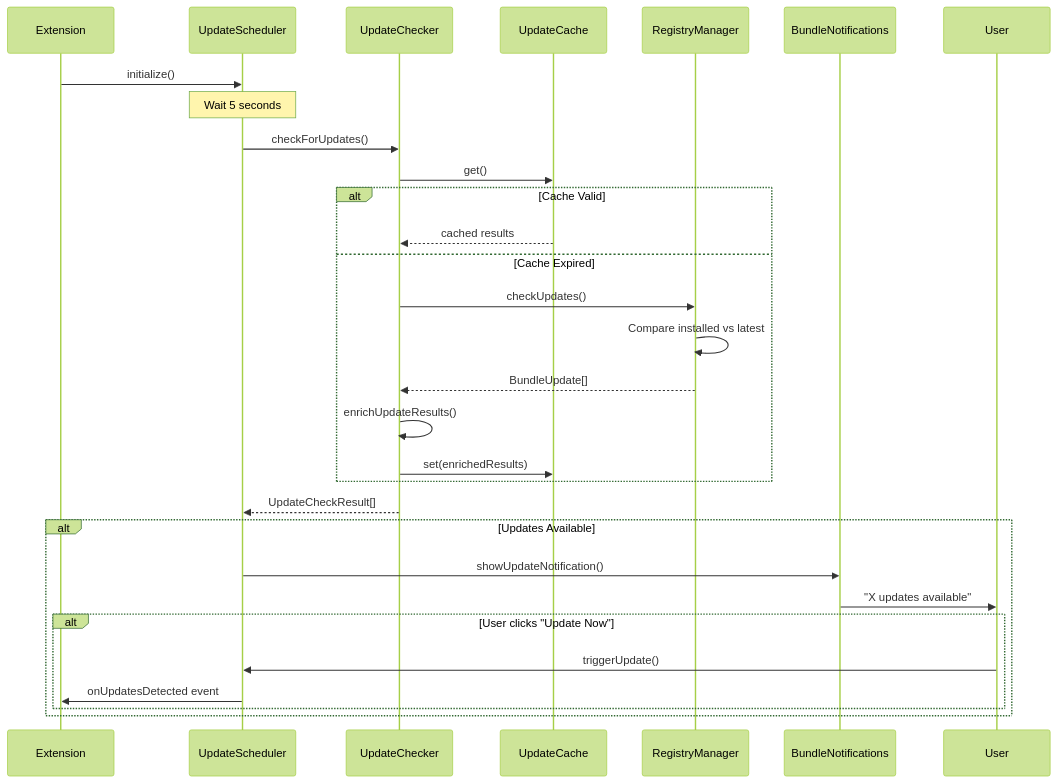
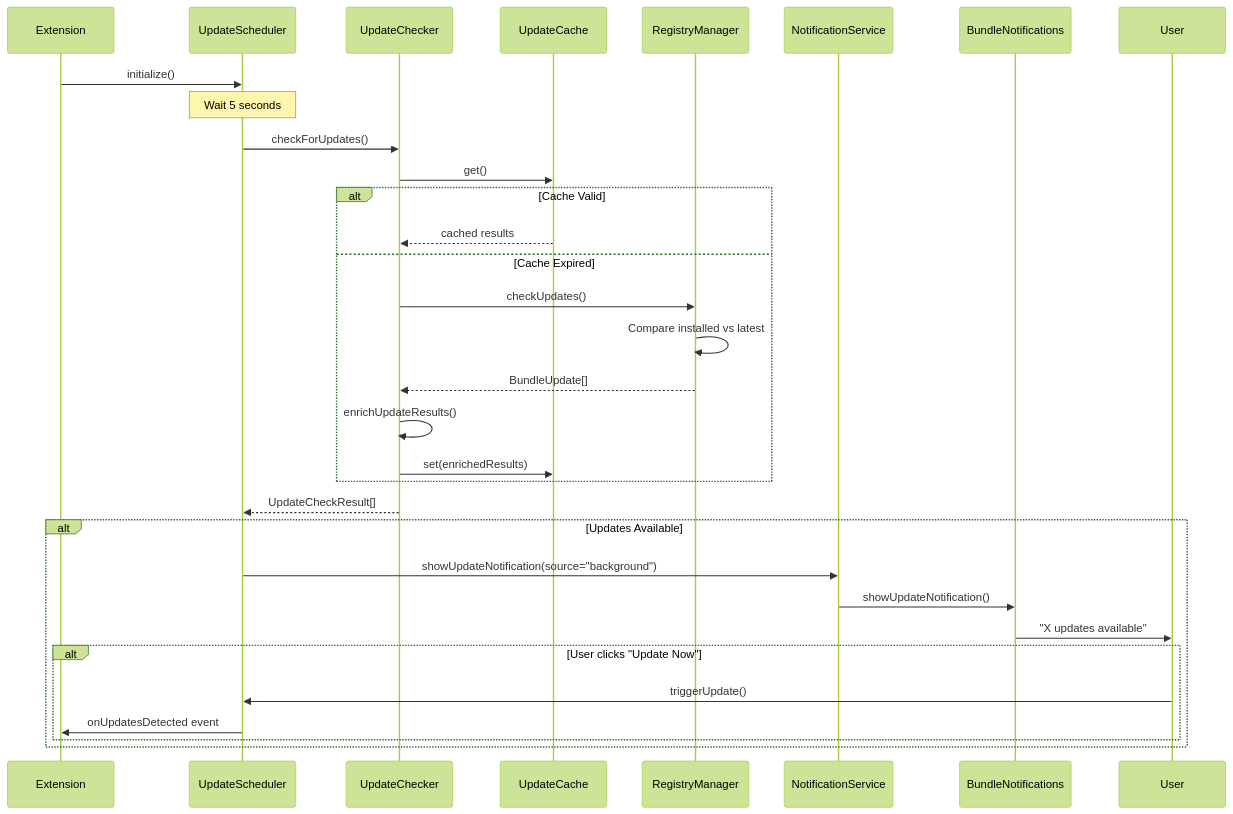
The ninth of 18 diagrams in docs/ARCHITECTURE.md (gblanc-1a/prompt-registry), drawn with Mermaid (forest theme) before and after one commit. The commit also changed other lines of this file and 30 other files, not shown here.

````diff
--- a/docs/ARCHITECTURE.md
+++ b/docs/ARCHITECTURE.md
@@ -576,37 +578,39 @@
 ```mermaid
 sequenceDiagram
     participant EXT as Extension
     participant US as UpdateScheduler
     participant UC as UpdateChecker
     participant UCA as UpdateCache
     participant RM as RegistryManager
+    participant NS as NotificationService
     participant BN as BundleNotifications
     participant USER as User
     
     EXT->>US: initialize()
     Note over US: Wait 5 seconds
     US->>UC: checkForUpdates()
     
     UC->>UCA: get()
     alt Cache Valid
         UCA-->>UC: cached results
     else Cache Expired
         UC->>RM: checkUpdates()
         RM->>RM: Compare installed vs latest
         RM-->>UC: BundleUpdate[]
         UC->>UC: enrichUpdateResults()
         UC->>UCA: set(enrichedResults)
     end
     
     UC-->>US: UpdateCheckResult[]
     
     alt Updates Available
-        US->>BN: showUpdateNotification()
+        US->>NS: showUpdateNotification(source="background")
+        NS->>BN: showUpdateNotification()
         BN->>USER: "X updates available"
         
         alt User clicks "Update Now"
             USER->>US: triggerUpdate()
             US->>EXT: onUpdatesDetected event
         end
     end
 ```
````
